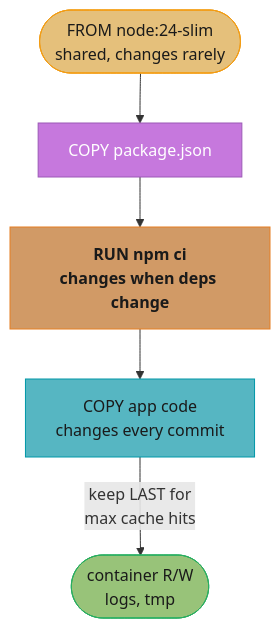
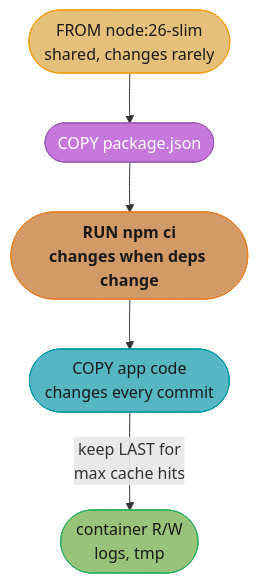
One commit to rppol/system-design changed the second of 4 diagrams in src/main/java/com/rutik/systemdesign/devops/containers_and_docker/containers_and_docker.md. Above: the diagram before and after it, drawn with Mermaid. The commit also changed other lines of this file and 63 other files, not shown here.

````diff
--- a/src/main/java/com/rutik/systemdesign/devops/containers_and_docker/containers_and_docker.md
+++ b/src/main/java/com/rutik/systemdesign/devops/containers_and_docker/containers_and_docker.md
@@ -78,21 +104,21 @@
 ```mermaid
 flowchart TD
     classDef io      fill:#61afef,stroke:#2e86c1,color:#1a1a1a,font-weight:bold
     classDef frozen  fill:#c678dd,stroke:#9b59b6,color:#fff
     classDef train   fill:#98c379,stroke:#27ae60,color:#1a1a1a
     classDef mathOp  fill:#d19a66,stroke:#e67e22,color:#1a1a1a,font-weight:bold
     classDef lossN   fill:#e06c75,stroke:#c0392b,color:#fff,font-weight:bold
     classDef req     fill:#56b6c2,stroke:#0097a7,color:#1a1a1a
     classDef base    fill:#e5c07b,stroke:#f39c12,color:#1a1a1a
 
-    base(["FROM node:24-slim<br/>shared, changes rarely"]) --> pkg["COPY package.json"]
-    pkg --> npmci["RUN npm ci<br/>changes when deps change"]
-    npmci --> appcode["COPY app code<br/>changes every commit"]
+    base(["FROM node:26-slim<br/>shared, changes rarely"]) --> pkg(["COPY package.json"])
+    pkg --> npmci(["RUN npm ci<br/>changes when deps change"])
+    npmci --> appcode(["COPY app code<br/>changes every commit"])
     appcode -->|"keep LAST for<br/>max cache hits"| rw(["container R/W<br/>logs, tmp"])
 
     class base base
     class pkg frozen
     class npmci mathOp
     class appcode req
     class rw train
 ```
````
